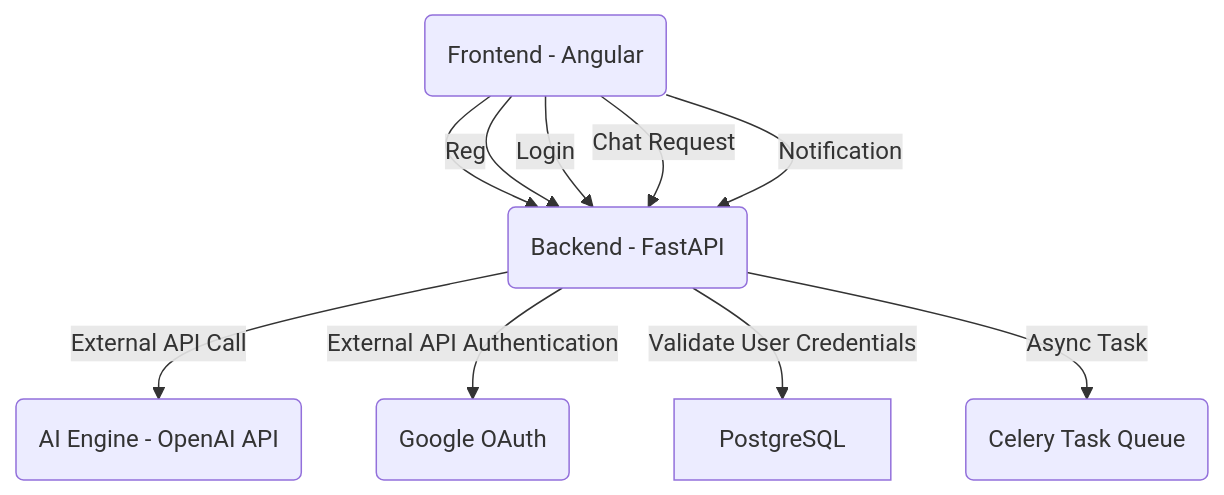
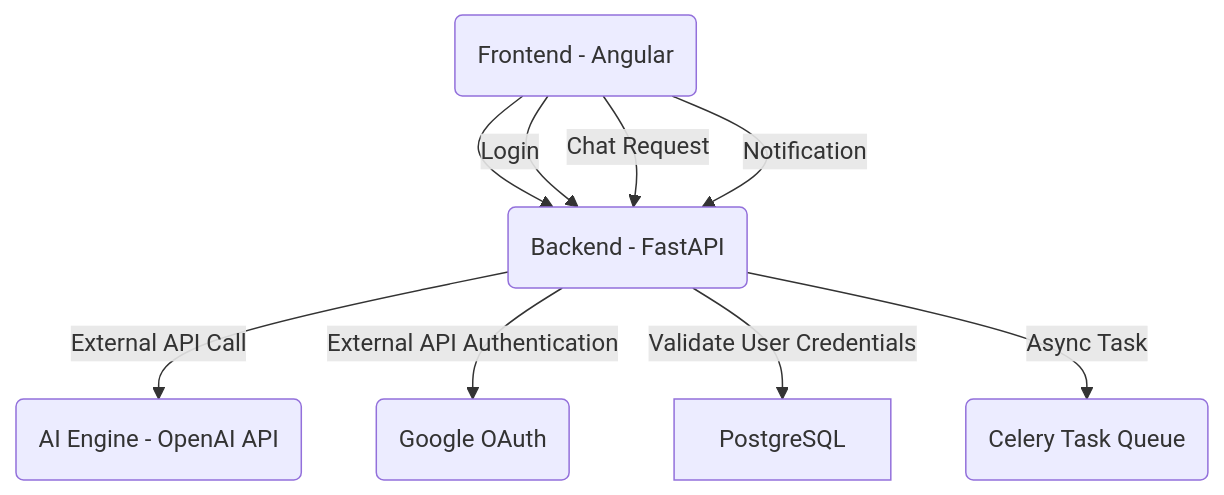
Before and after one commit to Joy-Ese/JayBank-Support-App: the diagram in mermaid.md, drawn with Mermaid.

````diff
--- a/mermaid.md
+++ b/mermaid.md
@@ -2,12 +2,11 @@
 ``` mermaid
 flowchart TD;
     FE("Frontend - Angular") --> BE("Backend - FastAPI")
     BE -->|External API Call| AI("AI Engine - OpenAI API")
     BE -->|External API Authentication| JWT("Google OAuth")
-    FE -->|Reg| BE
     FE -->|Login| BE
     FE -->|Chat Request| BE
     FE -->|Notification| BE
     BE -->|Validate User Credentials| Database["PostgreSQL"]
     BE -->|Async Task| Queue("Celery Task Queue")
 ```
````
